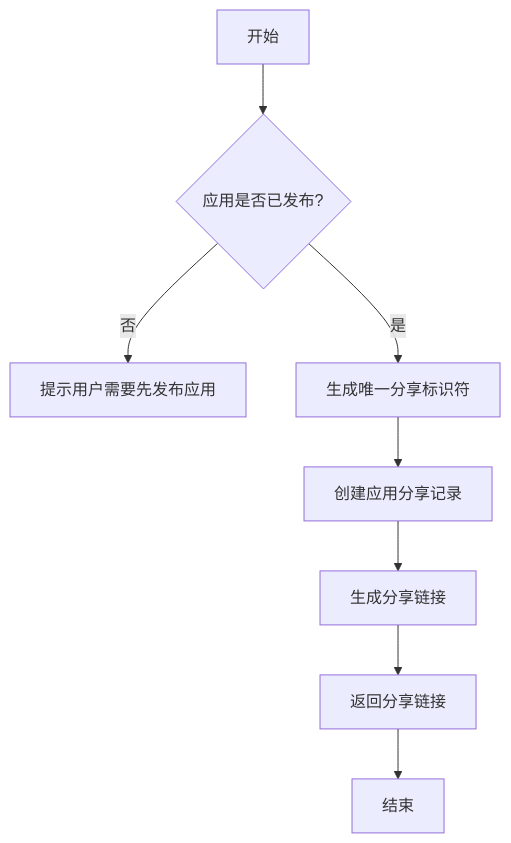
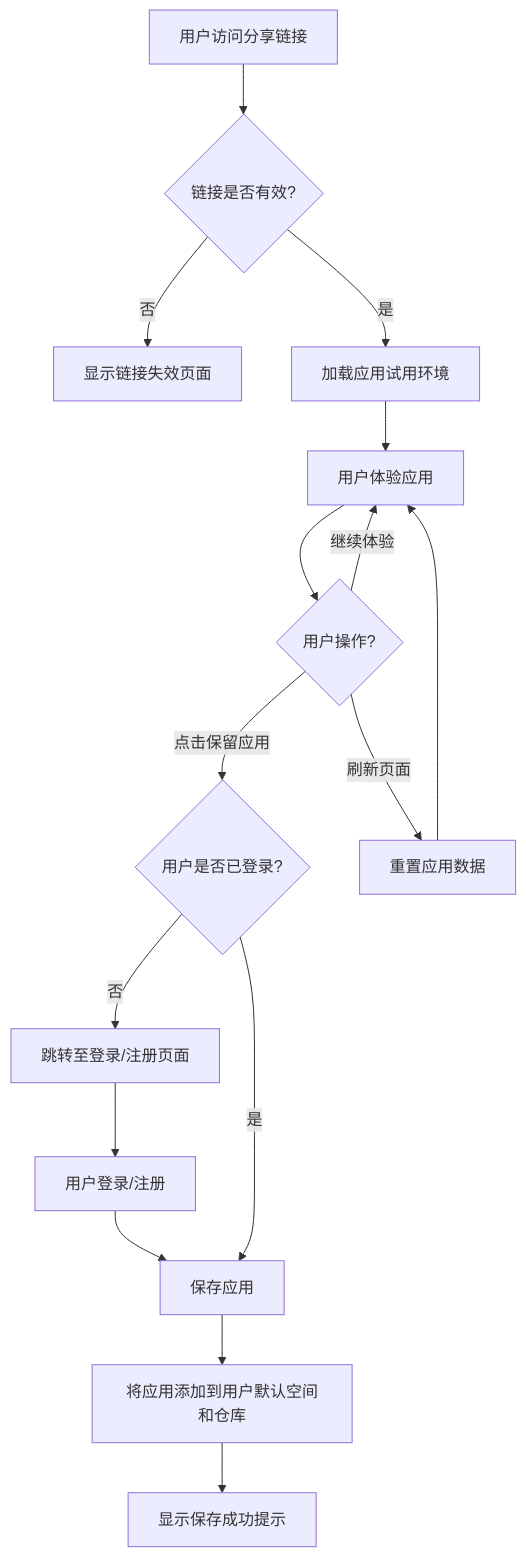
The diagram in all/未命名-64.md (yingjianzh/iodraw-files), drawn with Mermaid before and after one commit.

Commit message:
2025-05-21 18:29:18 update

````diff
--- a/all/未命名-64.md
+++ b/all/未命名-64.md
@@ -1,10 +1,18 @@
 ```mermaid
 flowchart TD
-    A[开始] --> B{应用是否已发布?}
-    B -->|否| C[提示用户需要先发布应用]
-    B -->|是| D[生成唯一分享标识符]
-    D --> E[创建应用分享记录]
-    E --> F[生成分享链接]
-    F --> G[返回分享链接]
-    G --> H[结束]
+    A[用户访问分享链接] --> B{链接是否有效?}
+    B -->|否| C[显示链接失效页面]
+    B -->|是| D[加载应用试用环境]
+    D --> E[用户体验应用]
+    E --> F{用户操作?}
+    F -->|继续体验| E
+    F -->|点击保留应用| G{用户是否已登录?}
+    G -->|否| H[跳转至登录/注册页面]
+    H --> I[用户登录/注册]
+    I --> J[保存应用]
+    G -->|是| J
+    J --> K[将应用添加到用户默认空间和仓库]
+    K --> L[显示保存成功提示]
+    F -->|刷新页面| M[重置应用数据]
+    M --> E
 ```
````
